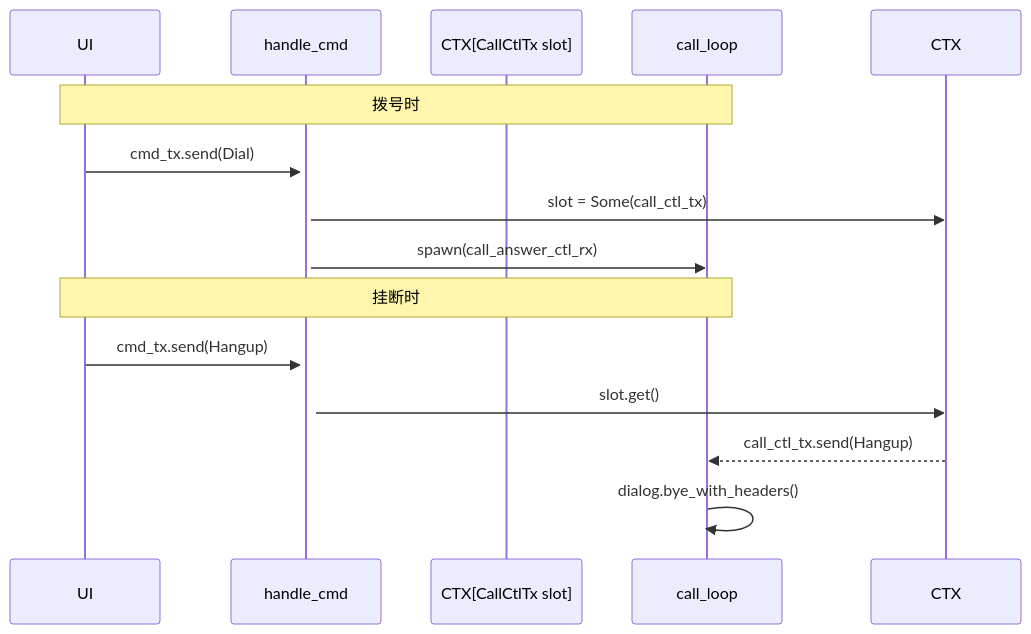
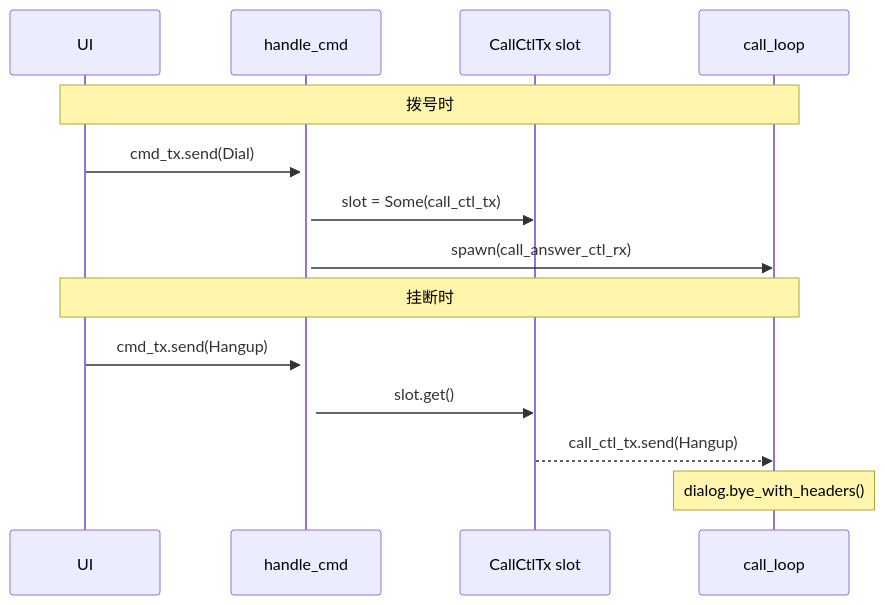
Before and after one commit to TOTHTOT/media_talk_rust: the fifth of 13 diagrams in crates/call-ui/README.md, drawn with Mermaid. The commit also changed other lines of this file, not shown here.

Commit message:
[文档] call-ui/README: 修复 Mermaid sequenceDiagram 箭头方向

````diff
--- a/crates/call-ui/README.md
+++ b/crates/call-ui/README.md
@@ -89,18 +89,18 @@
 ```mermaid
 sequenceDiagram
     participant UI
     participant handle_cmd
-    participant CTX[CallCtlTx slot]
+    participant slot as CallCtlTx slot
     participant call_loop
 
     Note over UI,call_loop: 拨号时
     UI->>+handle_cmd: cmd_tx.send(Dial)
-    handle_cmd->>CTX: slot = Some(call_ctl_tx)
+    handle_cmd->>slot: slot = Some(call_ctl_tx)
     handle_cmd->>call_loop: spawn(call_answer_ctl_rx)
 
     Note over UI,call_loop: 挂断时
     UI->>+handle_cmd: cmd_tx.send(Hangup)
-    handle_cmd->>CTX: slot.get()
-    CTX-->>call_loop: call_ctl_tx.send(Hangup)
-    call_loop->>call_loop: dialog.bye_with_headers()
+    handle_cmd->>slot: slot.get()
+    slot-->>call_loop: call_ctl_tx.send(Hangup)
+    Note over call_loop: dialog.bye_with_headers()
 ```
````
